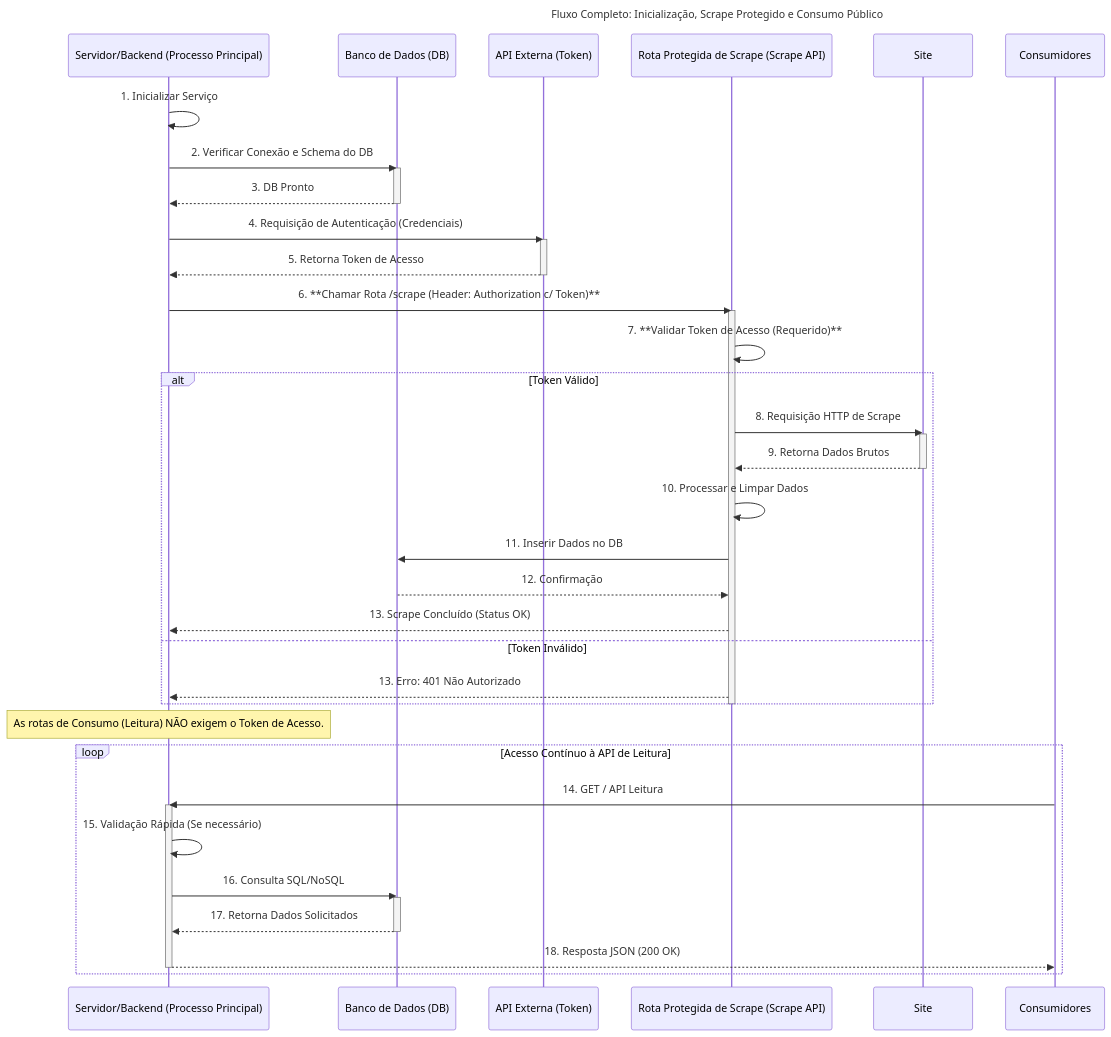
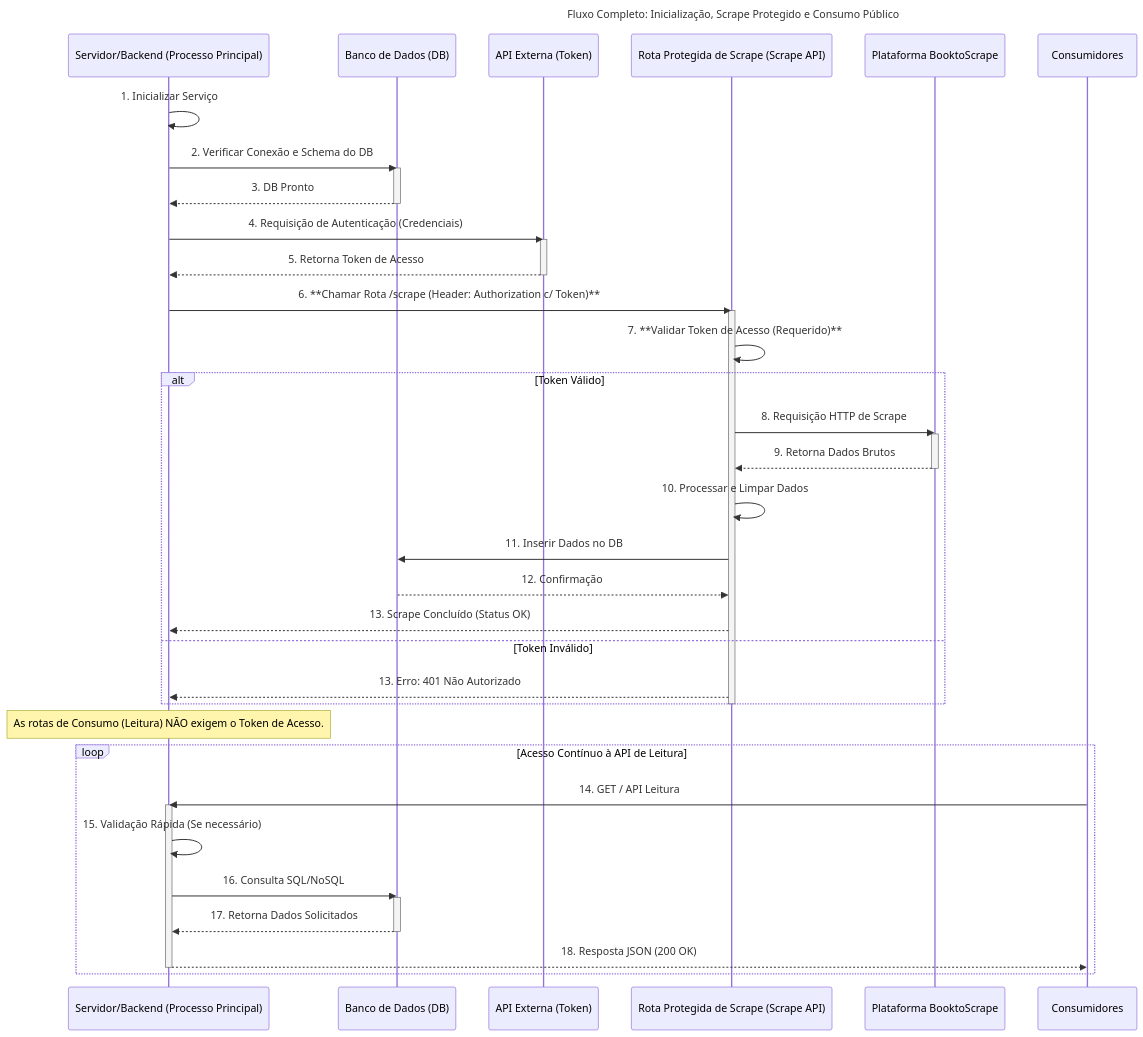
One commit to souzapaulosergio/BooktoScrape changed the second of 2 diagrams in README.md. Above: the diagram before and after it, drawn with Mermaid. The commit also changed other lines of this file and 10 other files, not shown here.

````diff
--- a/README.md
+++ b/README.md
@@ -70,58 +75,58 @@
 ```mermaid
 sequenceDiagram
     title: Fluxo Completo: Inicialização, Scrape Protegido e Consumo Público
     %% Definição dos Participantes
     participant S as Servidor/Backend (Processo Principal)
     participant D as Banco de Dados (DB)
     participant A as API Externa (Token)
     participant R as Rota Protegida de Scrape (Scrape API)
-    participant W as Site
+    participant W as Plataforma BooktoScrape
     participant C as Consumidores 
 
     %% 1. Inicialização do Servidor e DB
     S->>S: 1. Inicializar Serviço
     S->>D: 2. Verificar Conexão e Schema do DB
     activate D
     D-->>S: 3. DB Pronto
     deactivate D
 
     %% 2. Busca do Token
     S->>A: 4. Requisição de Autenticação (Credenciais)
     activate A
     A-->>S: 5. Retorna Token de Acesso
     deactivate A
 
     %% 3. Autenticação e Início do Scrape (PROTEGIDO)
     S->>R: 6. **Chamar Rota /scrape (Header: Authorization c/ Token)**
     activate R
     R->>R: 7. **Validar Token de Acesso (Requerido)**
     alt Token Válido
         R->>W: 8. Requisição HTTP de Scrape
         activate W
         W-->>R: 9. Retorna Dados Brutos
         deactivate W
         
         R->>R: 10. Processar e Limpar Dados
         R->>D: 11. Inserir Dados no DB
         D-->>R: 12. Confirmação
         R-->>S: 13. Scrape Concluído (Status OK)
     else Token Inválido
         R-->>S: 13. Erro: 401 Não Autorizado
     end
     deactivate R    
 
     Note over S: As rotas de Consumo (Leitura) NÃO exigem o Token de Acesso.
 
     %% 4. Consumo Contínuo das Rotas da API (PÚBLICO)
     loop Acesso Contínuo à API de Leitura
         C->>S: 14. GET / API Leitura
         activate S
         S->>S: 15. Validação Rápida (Se necessário)
         S->>D: 16. Consulta SQL/NoSQL
         activate D
         D-->>S: 17. Retorna Dados Solicitados
         deactivate D
         S-->>C: 18. Resposta JSON (200 OK)
         deactivate S
     end
 ```
````
